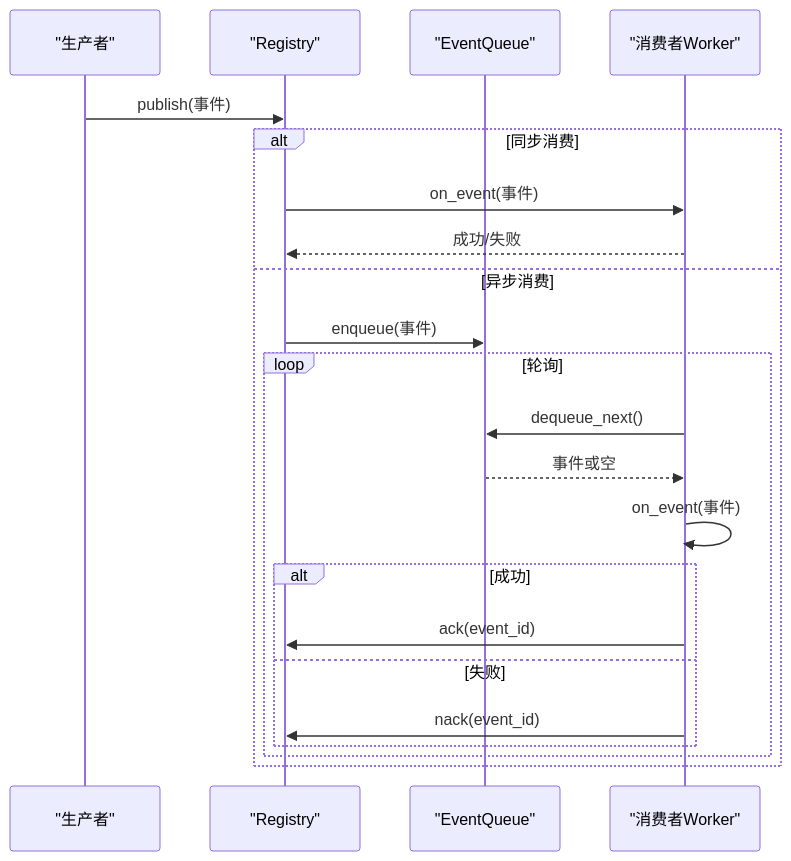
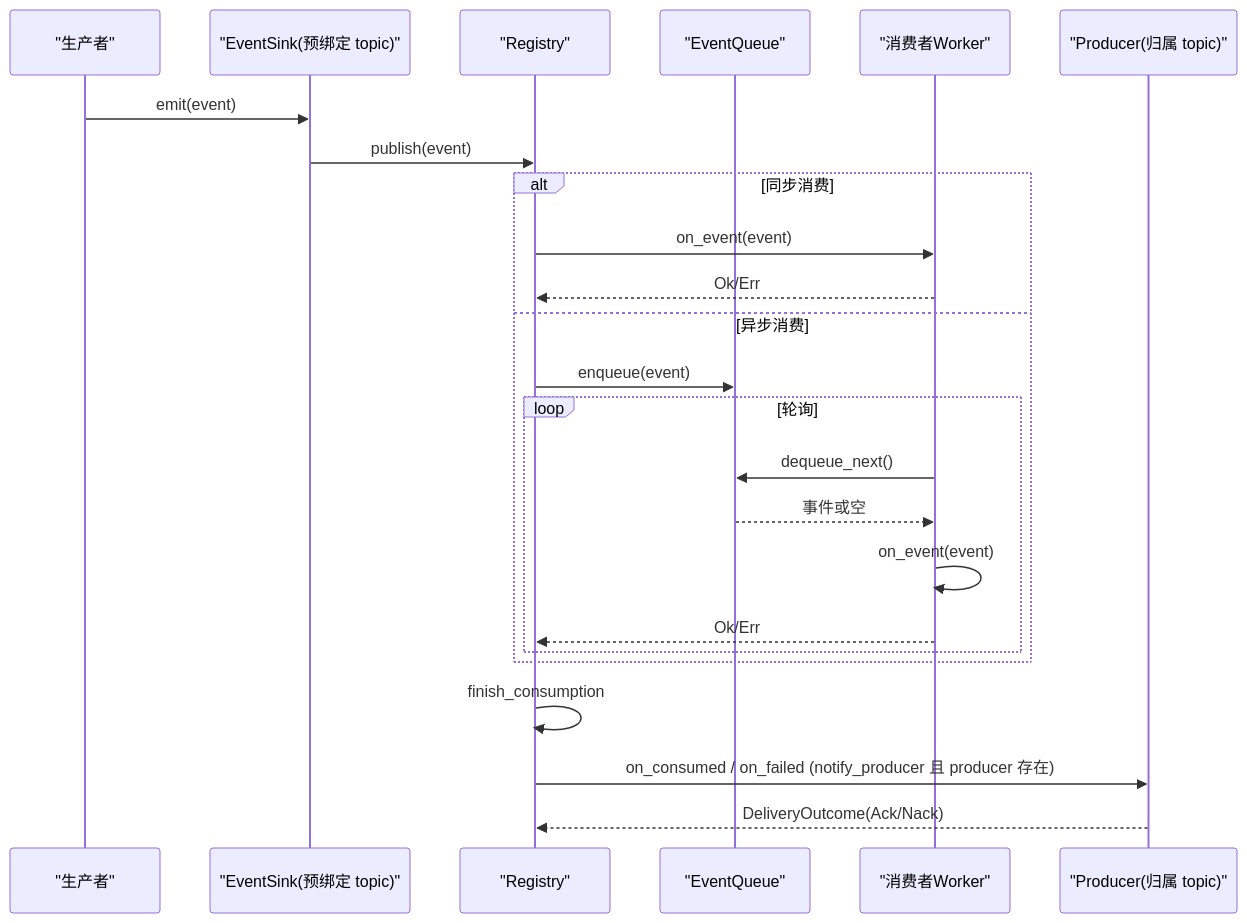
The second of 7 diagrams in docs/wiki/zh/content/基础设施/AOP 事件系统/事件生产者/事件生产者.md (runningcoders/ai_orz), drawn with Mermaid before and after one commit. The commit also changed other lines of this file and 37 other files, not shown here.

````diff
--- a/docs/wiki/zh/content/基础设施/AOP 事件系统/事件生产者/事件生产者.md
+++ b/docs/wiki/zh/content/基础设施/AOP 事件系统/事件生产者/事件生产者.md
@@ -88,24 +110,26 @@
 ```mermaid
 sequenceDiagram
 participant Prod as "生产者"
+participant Sink as "EventSink(预绑定 topic)"
 participant Reg as "Registry"
 participant Q as "EventQueue"
 participant C as "消费者Worker"
-Prod->>Reg : publish(事件)
+participant PR as "Producer(归属 topic)"
+Prod->>Sink : emit(event)
+Sink->>Reg : publish(event)
 alt 同步消费
-Reg->>C : on_event(事件)
-C-->>Reg : 成功/失败
+Reg->>C : on_event(event)
+C-->>Reg : Ok/Err
 else 异步消费
-Reg->>Q : enqueue(事件)
+Reg->>Q : enqueue(event)
 loop 轮询
 C->>Q : dequeue_next()
 Q-->>C : 事件或空
-C->>C : on_event(事件)
-alt 成功
-C->>Reg : ack(event_id)
-else 失败
-C->>Reg : nack(event_id)
+C->>C : on_event(event)
+C-->>Reg : Ok/Err
 end
 end
-end
+Reg->>Reg : finish_consumption
+Reg->>PR : on_consumed / on_failed (notify_producer 且 producer 存在)
+PR-->>Reg : DeliveryOutcome(Ack/Nack)
 ```
````
